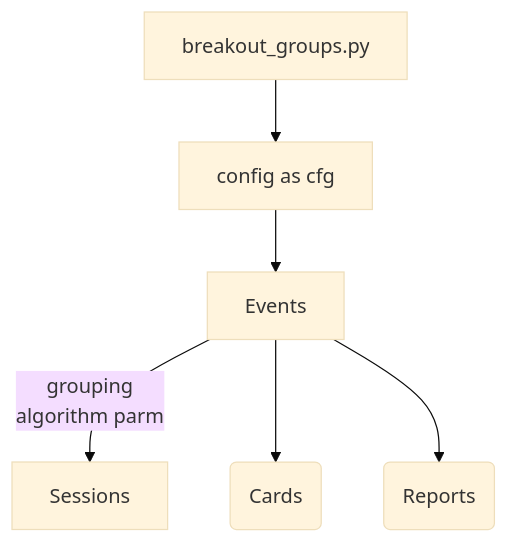
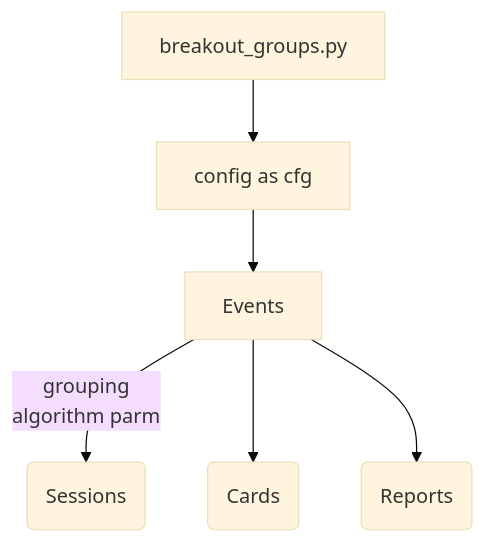
Before and after one commit to cswaim/breakout_groups: the first of 2 diagrams in doc/sys-diagram.md, drawn with Mermaid (base theme).

Commit message:
initial flow diagram

````diff
--- a/doc/sys-diagram.md
+++ b/doc/sys-diagram.md
@@ -7,8 +7,8 @@
 ```mermaid
   graph TD;
       A[breakout_groups.py]-->B[config as cfg];
       B-->C[Events];
-      C-->|grouping<br/>algorithm parm| D[Sessions];
+      C-->|grouping<br/>algorithm parm| D(Sessions);
       C-->E(Cards);
       C-->F(Reports);
 ```
````
